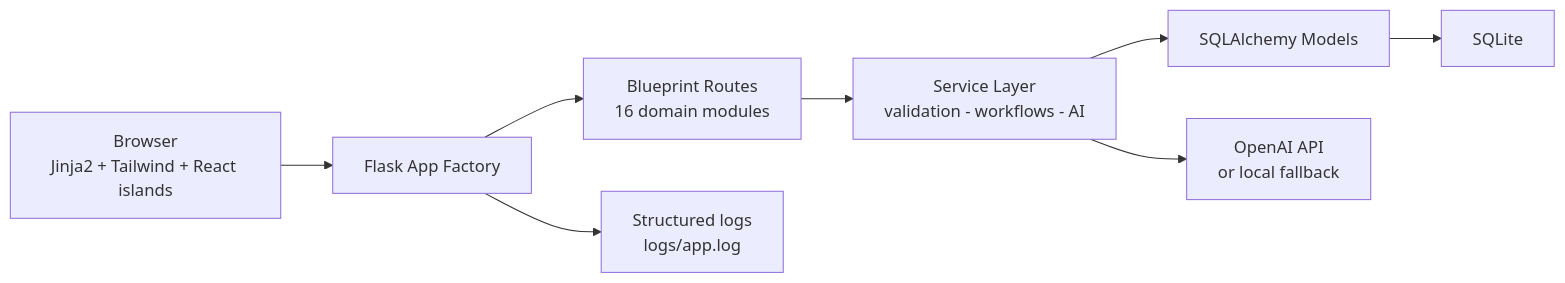
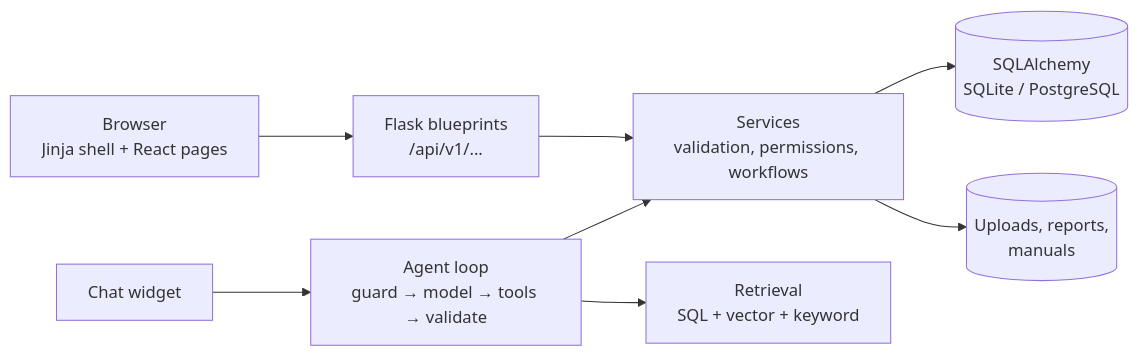
Before and after one commit to siinanXD/maintenance-ai-assistant: the diagram in README.md, drawn with Mermaid. The commit also changed other lines of this file and 58 other files, not shown here.

````diff
--- a/README.md
+++ b/README.md
@@ -498,10 +112,10 @@
 ```mermaid
 flowchart LR
-    Browser["Browser\nJinja2 + Tailwind + React islands"] --> Flask["Flask App Factory"]
-    Flask --> Routes["Blueprint Routes\n16 domain modules"]
-    Routes --> Services["Service Layer\nvalidation - workflows - AI"]
-    Services --> Models["SQLAlchemy Models"]
-    Models --> SQLite["SQLite"]
-    Services --> AI["OpenAI API\nor local fallback"]
-    Flask --> Logs["Structured logs\nlogs/app.log"]
+    Browser["Browser\nJinja shell + React pages"] --> Routes["Flask blueprints\n/api/v1/..."]
+    Routes --> Services["Services\nvalidation, permissions, workflows"]
+    Services --> DB[("SQLAlchemy\nSQLite / PostgreSQL")]
+    Services --> Files[("Uploads, reports,\nmanuals")]
+    Chat["Chat widget"] --> Agent["Agent loop\nguard → model → tools → validate"]
+    Agent --> Services
+    Agent --> RAG["Retrieval\nSQL + vector + keyword"]
 ```
````
